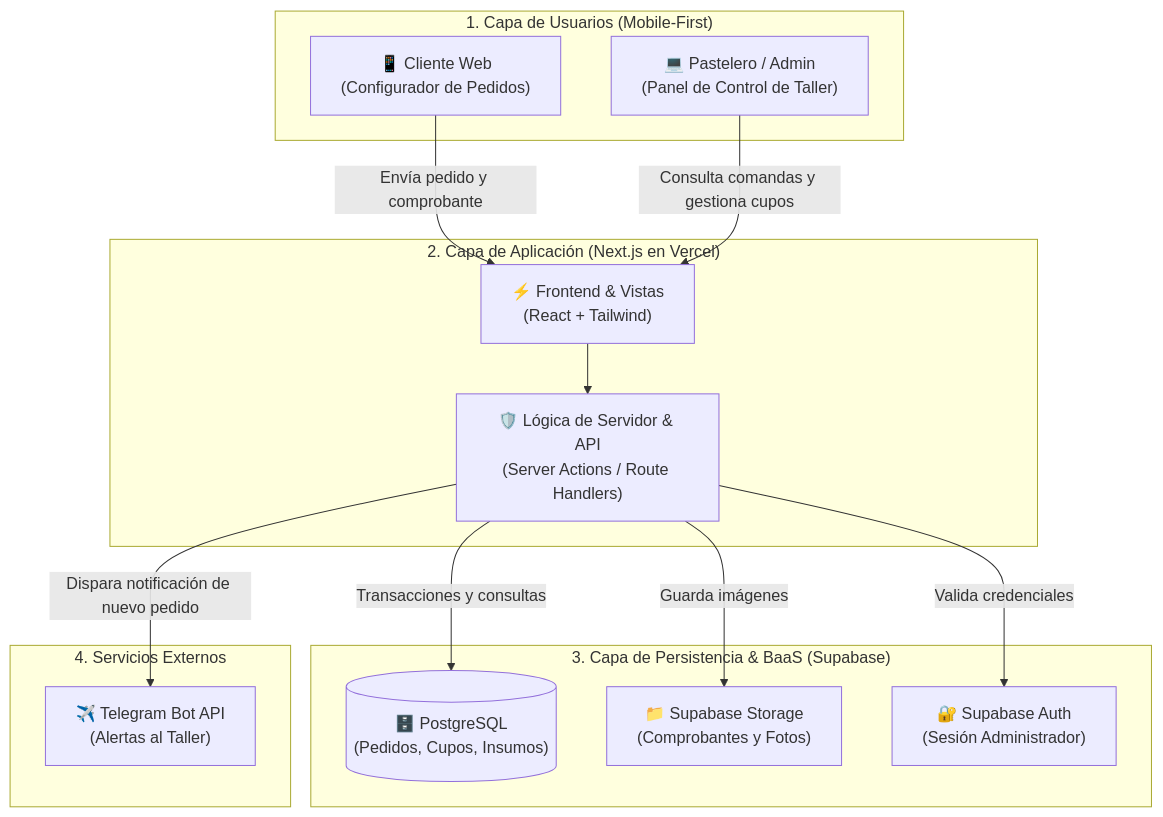
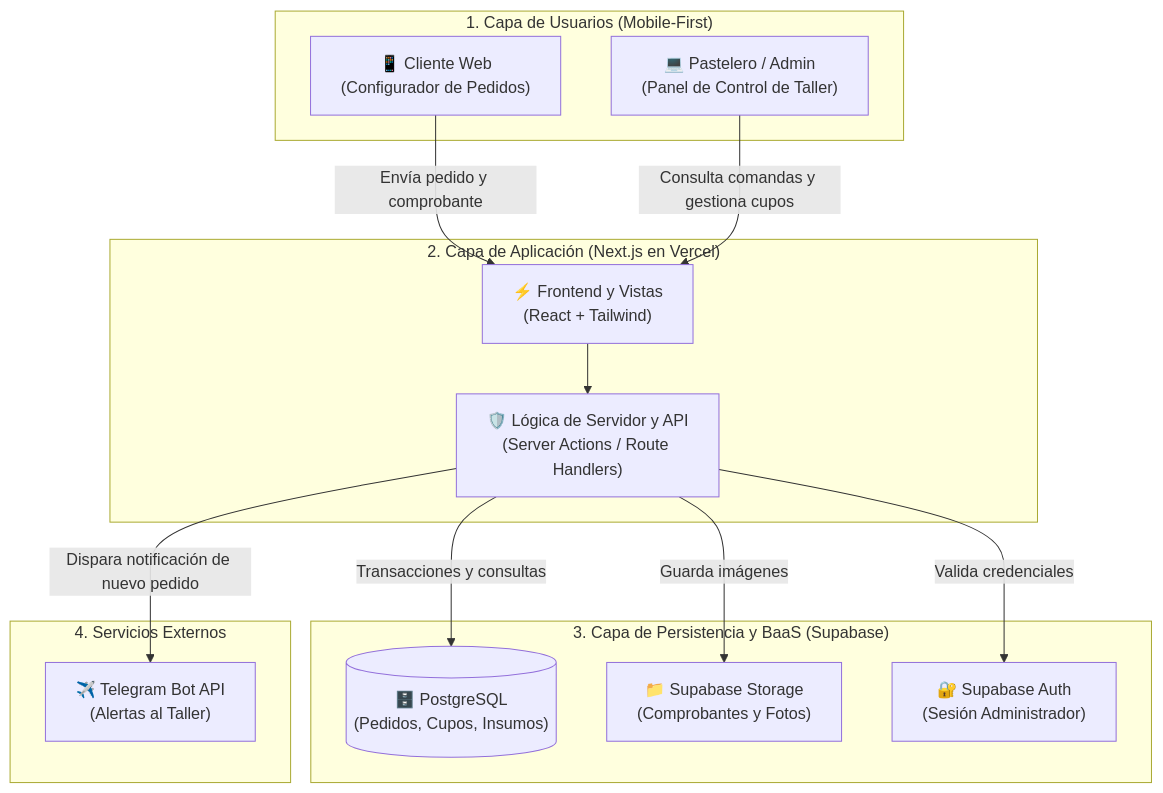
The diagram in docs/04-metodologia.md (til-unca-2026/pasteleria-yonatanAhumada), drawn with Mermaid before and after one commit.

Commit message:
docs: corregir sintaxis de diagrama mermaid en metodologia

````diff
--- a/docs/04-metodologia.md
+++ b/docs/04-metodologia.md
@@ -27,32 +27,32 @@
 ```mermaid
-graph TD
-    subgraph CLIENTES ["1. Capa de Usuarios (Mobile-First)"]
-        A1["📱 Cliente Web<br>(Configurador de Pedidos)"]
-        A2["💻 Pastelero / Admin<br>(Panel de Control de Taller)"]
+flowchart TD
+    subgraph CLIENTES["1. Capa de Usuarios (Mobile-First)"]
+        A1["📱 Cliente Web<br/>(Configurador de Pedidos)"]
+        A2["💻 Pastelero / Admin<br/>(Panel de Control de Taller)"]
     end
 
-    subgraph APLICACION ["2. Capa de Aplicación (Next.js en Vercel)"]
-        B1["⚡ Frontend & Vistas<br>(React + Tailwind)"]
-        B2["🛡️ Lógica de Servidor & API<br>(Server Actions / Route Handlers)"]
+    subgraph APLICACION["2. Capa de Aplicación (Next.js en Vercel)"]
+        B1["⚡ Frontend y Vistas<br/>(React + Tailwind)"]
+        B2["🛡️ Lógica de Servidor y API<br/>(Server Actions / Route Handlers)"]
         B1 --> B2
     end
 
-    subgraph SERVICIOS ["3. Capa de Persistencia & BaaS (Supabase)"]
-        C1[("🗄️ PostgreSQL<br>(Pedidos, Cupos, Insumos)")]
-        C2["📁 Supabase Storage<br>(Comprobantes y Fotos)"]
-        C3["🔐 Supabase Auth<br>(Sesión Administrador)"]
+    subgraph SERVICIOS["3. Capa de Persistencia y BaaS (Supabase)"]
+        C1[("🗄️ PostgreSQL<br/>(Pedidos, Cupos, Insumos)")]
+        C2["📁 Supabase Storage<br/>(Comprobantes y Fotos)"]
+        C3["🔐 Supabase Auth<br/>(Sesión Administrador)"]
     end
 
-    subgraph MENSAJERIA ["4. Servicios Externos"]
-        D["✈️ Telegram Bot API<br>(Alertas al Taller)"]
+    subgraph MENSAJERIA["4. Servicios Externos"]
+        D["✈️ Telegram Bot API<br/>(Alertas al Taller)"]
     end
 
     %% Conexiones
-    A1 -->|"Envía pedido y comprobante"| B1
-    A2 -->|"Consulta comandas y gestiona cupos"| B1
+    A1 -->|Envía pedido y comprobante| B1
+    A2 -->|Consulta comandas y gestiona cupos| B1
 
-    B2 -->|"Transacciones y consultas"| C1
-    B2 -->|"Guarda imágenes"| C2
-    B2 -->|"Valida credenciales"| C3
-    B2 -->|"Dispara notificación de nuevo pedido"| D
+    B2 -->|Transacciones y consultas| C1
+    B2 -->|Guarda imágenes| C2
+    B2 -->|Valida credenciales| C3
+    B2 -->|Dispara notificación de nuevo pedido| D
 ```
````
